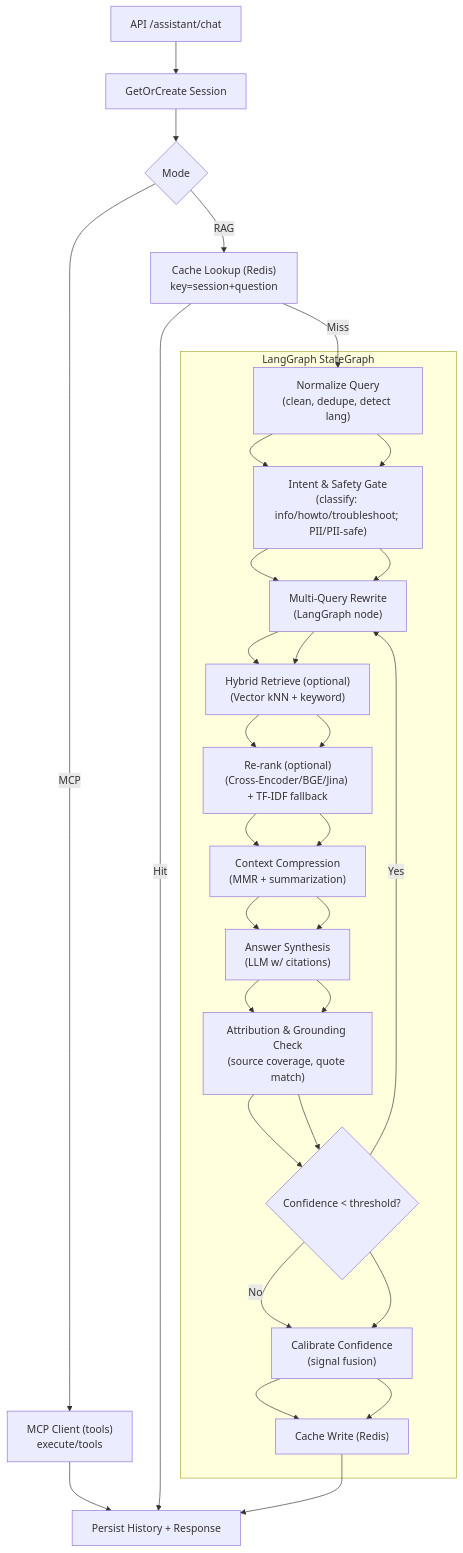
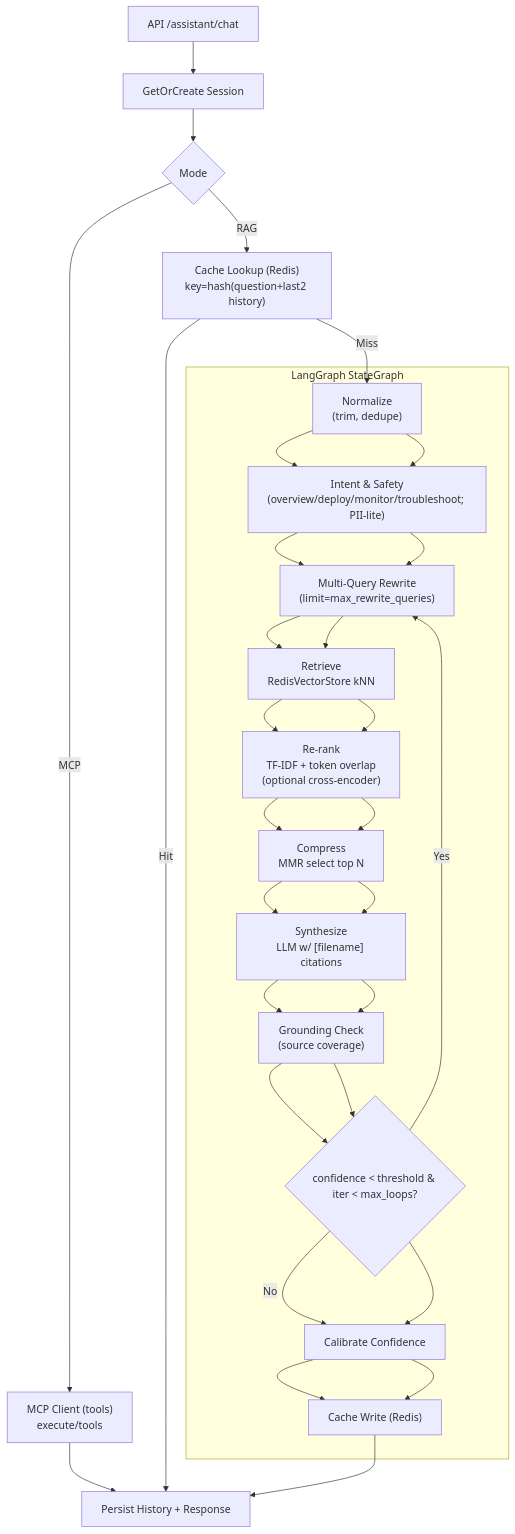
The first of 3 diagrams in docs/assistant_guide.md (GoSimplicity/AI-CloudOps-aiops), drawn with Mermaid before and after one commit. The commit also changed other lines of this file and 16 other files, not shown here.

````diff
--- a/docs/assistant_guide.md
+++ b/docs/assistant_guide.md
@@ -1,27 +5,27 @@
 ```mermaid
 graph TD
   A["API /assistant/chat"] --> B["GetOrCreate Session"]
   B --> C{"Mode"}
   C -- "MCP" --> MC["MCP Client (tools)\nexecute/tools"]
   MC --> Z["Persist History + Response"]
 
-  C -- "RAG" --> C0["Cache Lookup (Redis)\nkey=session+question"]
+  C -- "RAG" --> C0["Cache Lookup (Redis)\nkey=hash(question+last2 history)"]
   C0 -- "Hit" --> Z
-  C0 -- "Miss" --> D["Normalize Query\n(clean, dedupe, detect lang)"]
-  D --> E["Intent & Safety Gate\n(classify: info/howto/troubleshoot; PII/PII-safe)"]
-  E --> F["Multi-Query Rewrite\n(LangGraph node)"]
-  F --> G["Hybrid Retrieve (optional)\n(Vector kNN + keyword)"]
-  G --> H["Re-rank (optional)\n(Cross-Encoder/BGE/Jina) + TF-IDF fallback"]
-  H --> I["Context Compression\n(MMR + summarization)"]
-  I --> J["Answer Synthesis\n(LLM w/ citations)"]
-  J --> K["Attribution & Grounding Check\n(source coverage, quote match)"]
-  K --> L{"Confidence < threshold?"}
+  C0 -- "Miss" --> D["Normalize\n(trim, dedupe)"]
+  D --> E["Intent & Safety\n(overview/deploy/monitor/troubleshoot; PII-lite)"]
+  E --> F["Multi-Query Rewrite\n(limit=max_rewrite_queries)"]
+  F --> G["Retrieve\nRedisVectorStore kNN"]
+  G --> H["Re-rank\nTF-IDF + token overlap\n(optional cross-encoder)"]
+  H --> I["Compress\nMMR select top N"]
+  I --> J["Synthesize\nLLM w/ [filename] citations"]
+  J --> K["Grounding Check\n(source coverage)"]
+  K --> L{"confidence < threshold & iter < max_loops?"}
   L -- "Yes" --> F
-  L -- "No" --> M["Calibrate Confidence\n(signal fusion)"]
+  L -- "No" --> M["Calibrate Confidence"]
   M --> N["Cache Write (Redis)"]
   N --> Z
 
   subgraph "LangGraph StateGraph"
     D --> E --> F --> G --> H --> I --> J --> K --> L --> M --> N
   end
 ```
````
